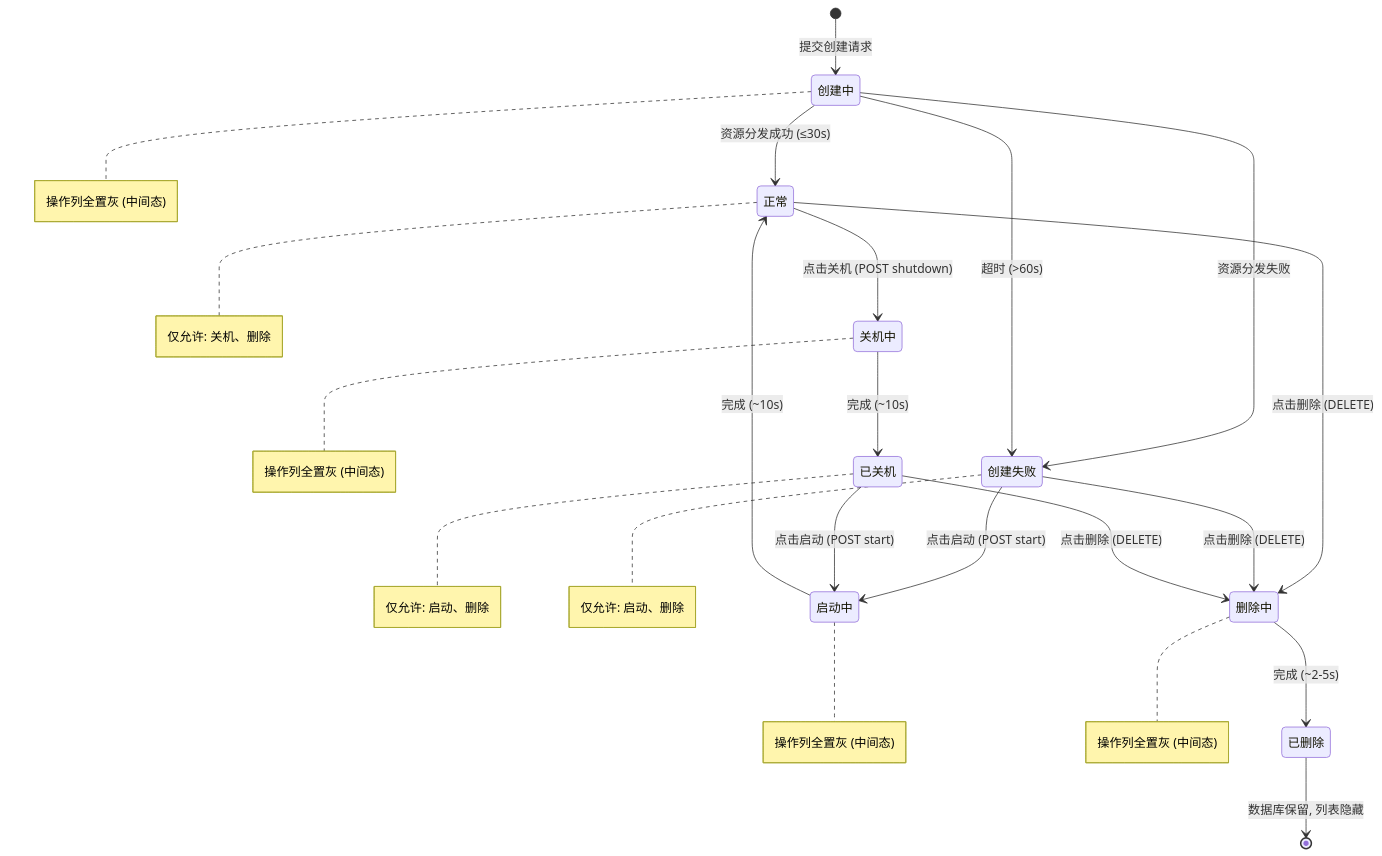
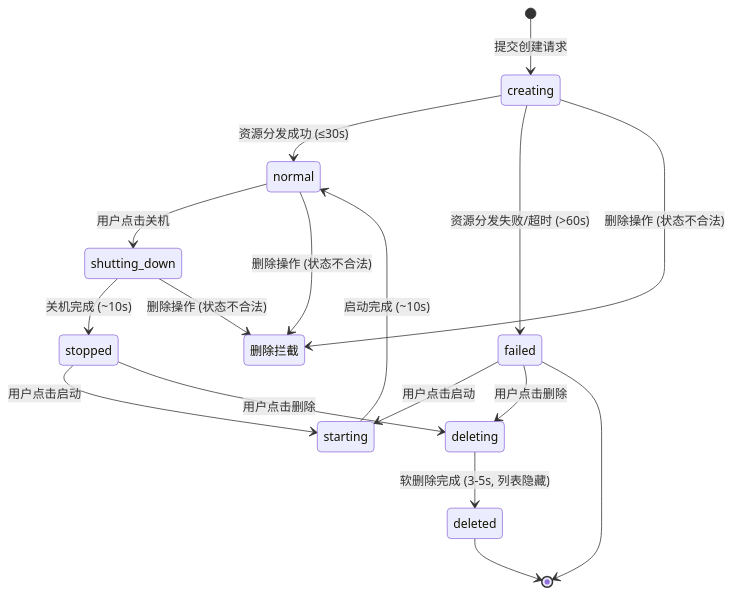
Before and after one commit to LeeStrongCir/spec_mode_test_kit: the second of 2 diagrams in specs/002-lecs-host-lifecycle/spec.md, drawn with Mermaid. The commit also changed other lines of this file and 3 other files, not shown here.

````diff
--- a/specs/002-lecs-host-lifecycle/spec.md
+++ b/specs/002-lecs-host-lifecycle/spec.md
@@ -188,42 +222,25 @@
 ```mermaid
 stateDiagram-v2
-    [*] --> 创建中 : 提交创建请求
-    创建中 --> 正常 : 资源分发成功 (≤30s)
-    创建中 --> 创建失败 : 资源分发失败
-    创建中 --> 创建失败 : 超时 (>60s)
+    [*] --> creating : 提交创建请求
     
-    正常 --> 关机中 : 点击关机 (POST shutdown)
-    关机中 --> 已关机 : 完成 (~10s)
+    creating --> normal : 资源分发成功 (≤30s)
+    creating --> failed : 资源分发失败/超时 (>60s)
     
-    创建失败 --> 启动中 : 点击启动 (POST start)
-    已关机 --> 启动中 : 点击启动 (POST start)
-    启动中 --> 正常 : 完成 (~10s)
+    normal --> shutting_down : 用户点击关机
+    shutting_down --> stopped : 关机完成 (~10s)
     
-    正常 --> 删除中 : 点击删除 (DELETE)
-    创建失败 --> 删除中 : 点击删除 (DELETE)
-    已关机 --> 删除中 : 点击删除 (DELETE)
-    删除中 --> 已删除 : 完成 (~2-5s)
-    已删除 --> [*] : 数据库保留, 列表隐藏
+    stopped --> starting : 用户点击启动
+    failed --> starting : 用户点击启动
+    starting --> normal : 启动完成 (~10s)
     
-    note right of 正常
-        仅允许: 关机、删除
-    end note
-    note right of 已关机
-        仅允许: 启动、删除
-    end note
-    note right of 创建失败
-        仅允许: 启动、删除
-    end note
-    note right of 关机中
-        操作列全置灰 (中间态)
-    end note
-    note right of 启动中
-        操作列全置灰 (中间态)
-    end note
-    note right of 删除中
-        操作列全置灰 (中间态)
-    end note
-    note right of 创建中
-        操作列全置灰 (中间态)
-    end note
+    normal --> 删除拦截 : 删除操作 (状态不合法)
+    creating --> 删除拦截 : 删除操作 (状态不合法)
+    shutting_down --> 删除拦截 : 删除操作 (状态不合法)
+    
+    stopped --> deleting : 用户点击删除
+    failed --> deleting : 用户点击删除
+    deleting --> deleted : 软删除完成 (3-5s, 列表隐藏)
+    
+    failed --> [*]
+    deleted --> [*]
 ```
````
